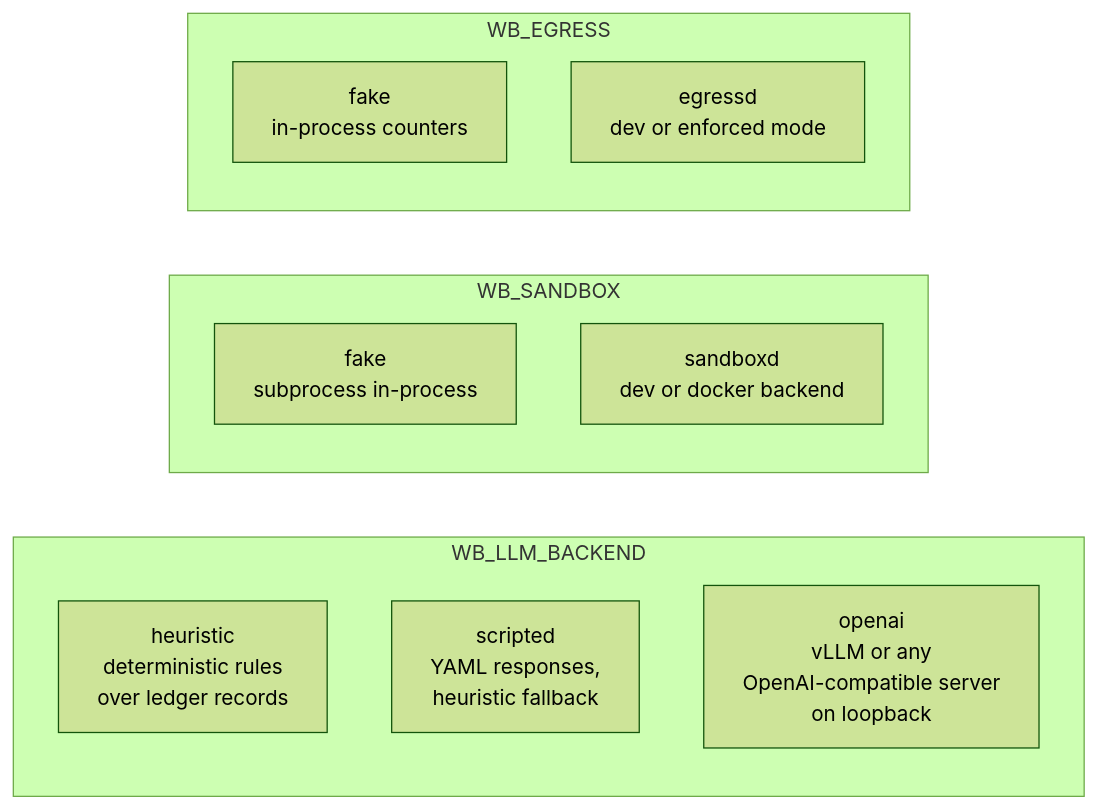
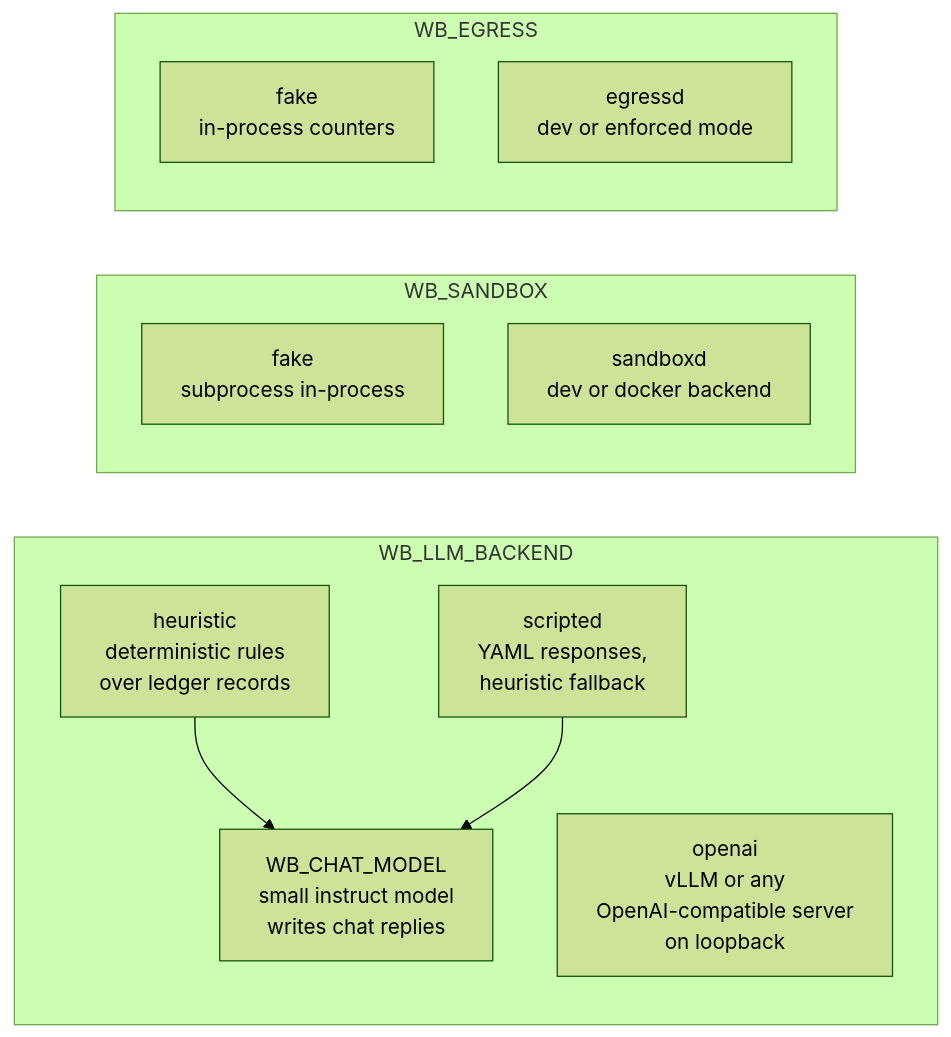
Before and after one commit to Rishi0507/Sovereign-AI-Workbench: the first of 2 diagrams in docs/DEVELOPMENT.md, drawn with Mermaid (forest theme). The commit also changed other lines of this file and 6 other files, not shown here.

Commit message:
Document and script the local chat model

````diff
--- a/docs/DEVELOPMENT.md
+++ b/docs/DEVELOPMENT.md
@@ -59,16 +59,19 @@
 ```mermaid
 flowchart LR
     subgraph LLM["WB_LLM_BACKEND"]
         H[heuristic<br/>deterministic rules<br/>over ledger records]
         S[scripted<br/>YAML responses,<br/>heuristic fallback]
         O[openai<br/>vLLM or any<br/>OpenAI-compatible server<br/>on loopback]
+        C[WB_CHAT_MODEL<br/>small instruct model<br/>writes chat replies]
     end
+    H --> C
+    S --> C
     subgraph SBX["WB_SANDBOX"]
         FS[fake<br/>subprocess in-process]
         GS[sandboxd<br/>dev or docker backend]
     end
     subgraph EGR["WB_EGRESS"]
         FE[fake<br/>in-process counters]
         GE[egressd<br/>dev or enforced mode]
     end
 ```
````
